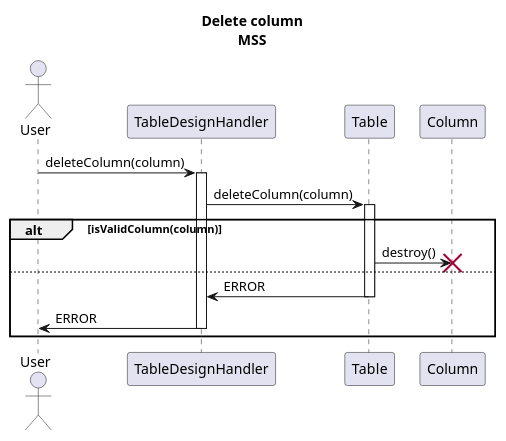
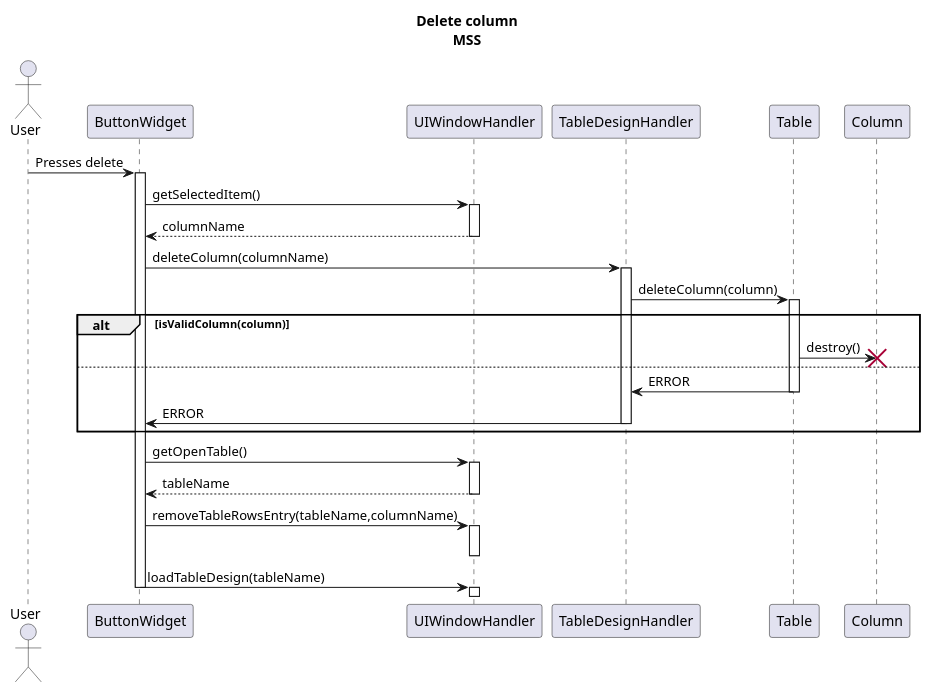
One commit to Bhamoss/softwareOntwerpProject changed the diagram in diagrams/interactionDiagrams/deleteColumn.puml. Above: the diagram before and after it, drawn with PlantUML. The commit also changed 12 other files, not shown here.

Commit message:
diagrams

```diff
--- a/diagrams/interactionDiagrams/deleteColumn.puml
+++ b/diagrams/interactionDiagrams/deleteColumn.puml
@@ -1,19 +1,34 @@
 @startuml
 title Delete column\nMSS
 Actor User
-
-User -> TableDesignHandler: deleteColumn(column)
+User->ButtonWidget: Presses delete
+activate ButtonWidget
+ButtonWidget ->UIWindowHandler: getSelectedItem()
+activate UIWindowHandler
+ButtonWidget <-- UIWindowHandler: columnName
+deactivate
+ButtonWidget -> TableDesignHandler: deleteColumn(columnName)
 activate TableDesignHandler
 TableDesignHandler -> Table: deleteColumn(column)
 activate Table
 alt isValidColumn(column)
     Table -> Column: destroy()
     destroy Column
 else
     Table -> TableDesignHandler: ERROR
     deactivate Table
-    TableDesignHandler -> User: ERROR
+    TableDesignHandler -> ButtonWidget: ERROR
     deactivate TableDesignHandler
 end
+ButtonWidget -> UIWindowHandler: getOpenTable()
+activate UIWindowHandler
+ButtonWidget <-- UIWindowHandler: tableName
+deactivate
+ButtonWidget -> UIWindowHandler: removeTableRowsEntry(tableName,columnName)
+activate UIWindowHandler
+deactivate
+ButtonWidget -> UIWindowHandler: loadTableDesign(tableName)
+deactivate ButtonWidget
+activate UIWindowHandler
 
 @enduml
```
